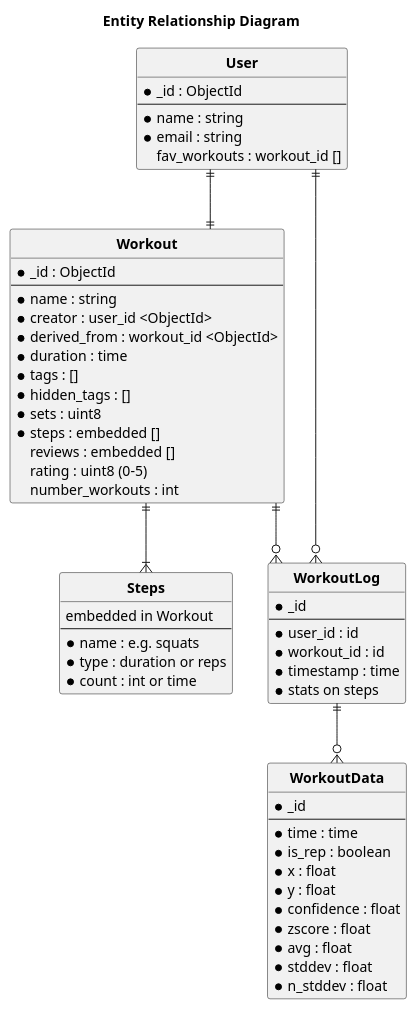
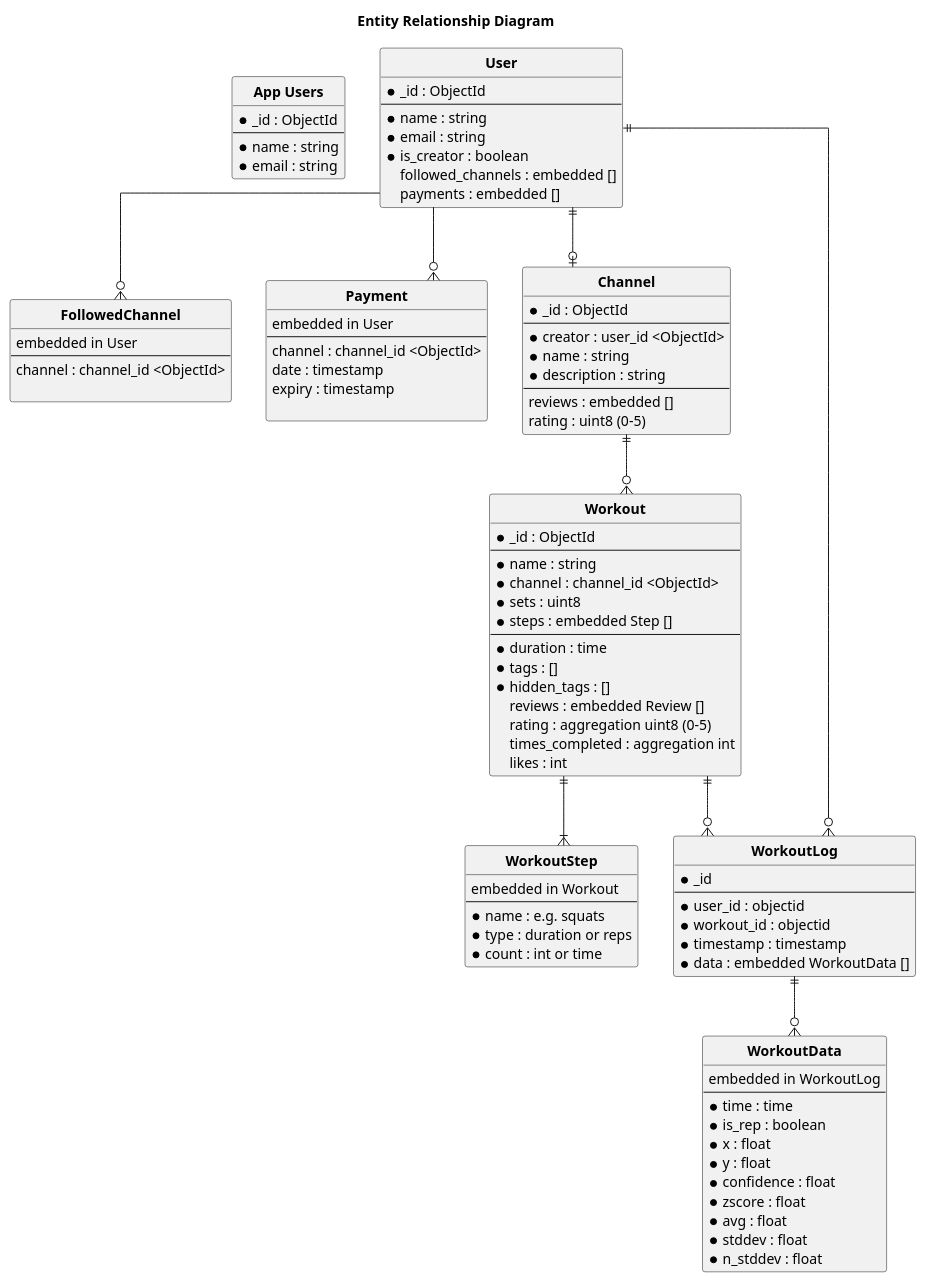
The diagram in docs/diagrams/src/data_schema.puml (wongway/tmp-form-app), drawn with PlantUML before and after one commit. The commit also changed 26 other files, not shown here.

Commit message:
Initial stab at realm schemas

```diff
--- a/docs/diagrams/src/data_schema.puml
+++ b/docs/diagrams/src/data_schema.puml
@@ -1,69 +1,111 @@
 @startuml data_schema
 
 title Entity Relationship Diagram
 
 hide circle
 skinparam linetype ortho
 
+entity "**App Users**" as AppUser {
+    * _id : ObjectId
+    ---
+    * name : string
+    * email : string
+}
+
 entity "**User**" as User {
     * _id : ObjectId
     ---
     * name : string
     * email : string
-    fav_workouts : workout_id []
+    * is_creator : boolean
+    followed_channels : embedded []
+    payments : embedded []
+}
+
+entity "**FollowedChannel**" as FollowedChannel {
+    embedded in User
+    ---
+    channel : channel_id <ObjectId>
+
+}
+
+entity "**Payment**" as Payment {
+    embedded in User
+    ---
+    channel : channel_id <ObjectId>
+    date : timestamp
+    expiry : timestamp
+
+}
+
+entity "**Channel**" as Channel {
+    * _id : ObjectId
+    ---
+    * creator : user_id <ObjectId>
+    * name : string
+    * description : string
+    ---
+    reviews : embedded []
+    rating : uint8 (0-5)
 }
 
 entity "**Workout**" as Workout {
     * _id : ObjectId
     ---
     * name : string
-    * creator : user_id <ObjectId>
-    * derived_from : workout_id <ObjectId>
+    * channel : channel_id <ObjectId>
+    * sets : uint8
+    * steps : embedded Step []
+    ---
     * duration : time
     * tags : []
     * hidden_tags : []
-    * sets : uint8
-    * steps : embedded []
-    reviews : embedded []
-    rating : uint8 (0-5)
-    number_workouts : int
+    reviews : embedded Review []
+    rating : aggregation uint8 (0-5)
+    times_completed : aggregation int
+    likes : int
 }
 
-entity "**Steps**" as Steps {
+entity "**WorkoutStep**" as Step {
     embedded in Workout
     ---
     * name : e.g. squats
     * type : duration or reps
     * count : int or time
 }
 
 entity "**WorkoutLog**" as WorkoutLog {
     * _id
     ---
-    * user_id : id
-    * workout_id : id
-    * timestamp : time
-    * stats on steps
+    * user_id : objectid
+    * workout_id : objectid
+    * timestamp : timestamp
+    * data : embedded WorkoutData []
 }
 
 entity "**WorkoutData**" as WorkoutData {
-    * _id
+    embedded in WorkoutLog
     ---
     * time : time
     * is_rep : boolean
     * x : float
     * y : float
     * confidence : float
     * zscore : float
     * avg : float
     * stddev : float
     * n_stddev : float
 }
 
-Workout ||--|{ Steps
+Workout ||--|{ Step
 Workout ||--o{ WorkoutLog
+
 User ||--o{ WorkoutLog
-User ||--|| Workout
+User ||--o| Channel
+User --o{ FollowedChannel
+User --o{ Payment
+
+Channel ||--o{ Workout
 WorkoutLog ||--o{ WorkoutData
 
 @enduml
```
